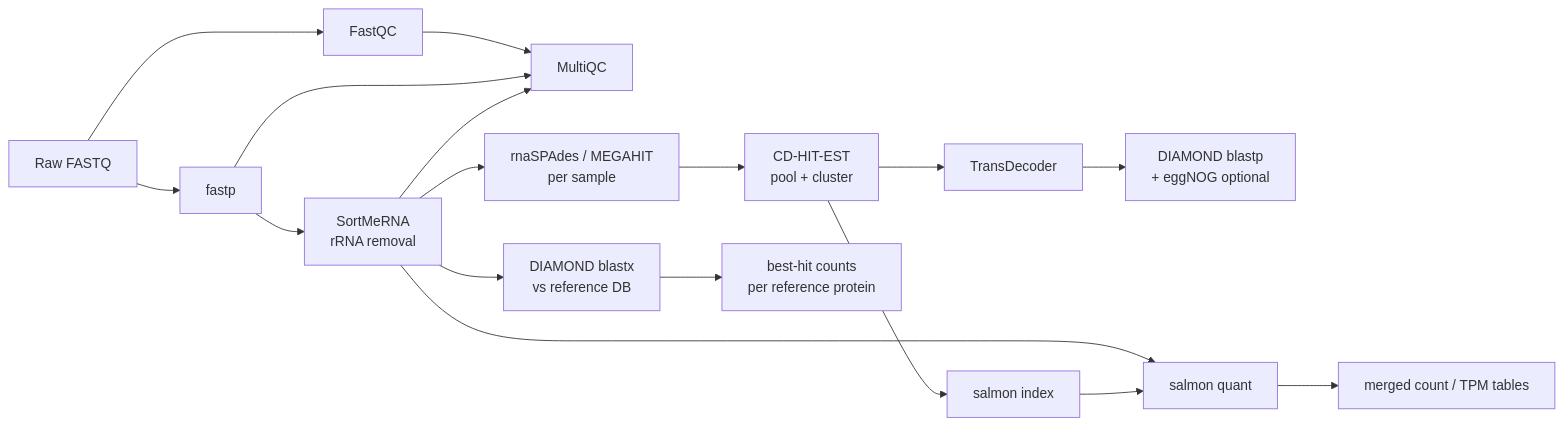
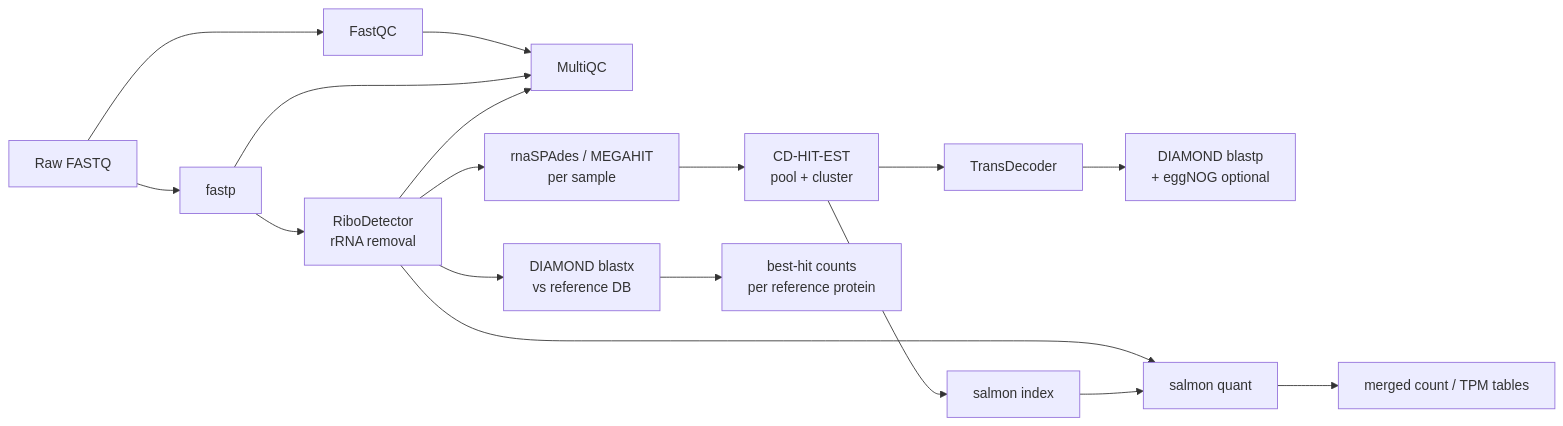
One commit to shu251/euk-bot changed the diagram in README.md. Above: the diagram before and after it, drawn with Mermaid. The commit also changed other lines of this file and 4 other files, not shown here.

````diff
--- a/README.md
+++ b/README.md
@@ -5,15 +5,15 @@
 ```mermaid
 flowchart LR
     A[Raw FASTQ] --> B[FastQC] --> M[MultiQC]
-    A --> C[fastp] --> D[SortMeRNA<br/>rRNA removal]
+    A --> C[fastp] --> D[RiboDetector<br/>rRNA removal]
     C --> M
     D --> M
     D --> E1[rnaSPAdes / MEGAHIT<br/>per sample]
     E1 --> E2[CD-HIT-EST<br/>pool + cluster]
     E2 --> E3[TransDecoder]
     E3 --> E4[DIAMOND blastp<br/>+ eggNOG optional]
     E2 --> E5[salmon index]
     D --> E6[salmon quant] --> E7[merged count / TPM tables]
     E5 --> E6
     D --> R1[DIAMOND blastx<br/>vs reference DB] --> R2[best-hit counts<br/>per reference protein]
 ```
````
